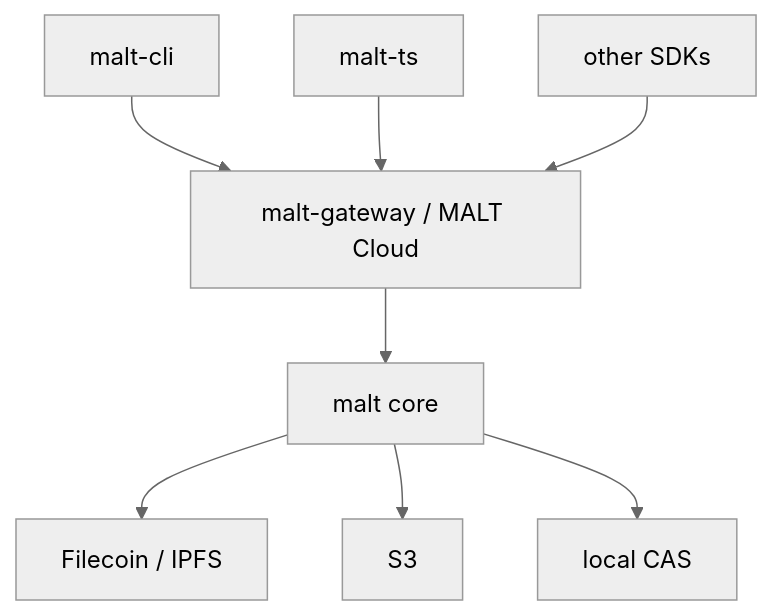
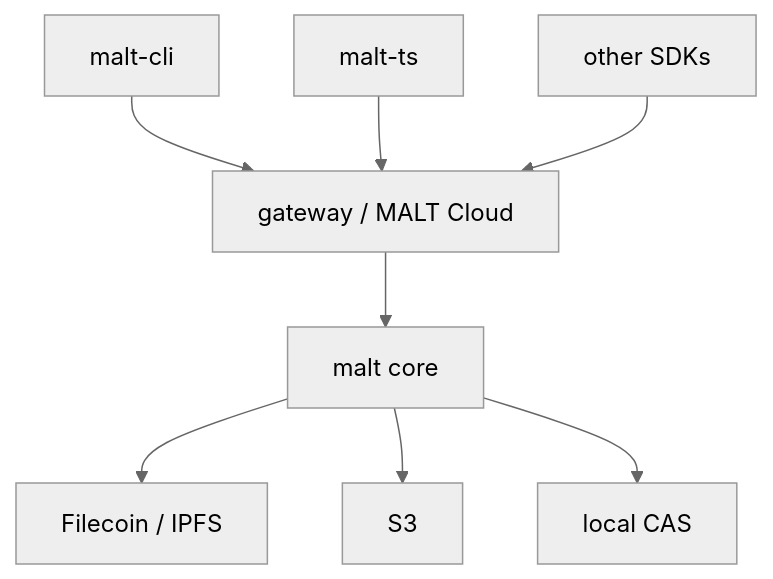
Before and after one commit to DeWebProtocol/.github: the second of 2 diagrams in profile/README.md, drawn with Mermaid (neutral theme). The commit also changed other lines of this file and 2 other files, not shown here.

Commit message:
docs: route gateway repository ownership

````diff
--- a/profile/README.md
+++ b/profile/README.md
@@ -78,10 +80,10 @@
 ```mermaid
 flowchart TB
-  cli["malt-cli"] --> gateway["malt-gateway / MALT Cloud"]
+  cli["malt-cli"] --> gateway["gateway / MALT Cloud"]
   ts["malt-ts"] --> gateway
   other["other SDKs"] --> gateway
   gateway --> core["malt core"]
   core --> filecoin["Filecoin / IPFS"]
   core --> s3["S3"]
   core --> local["local CAS"]
 ```
````
